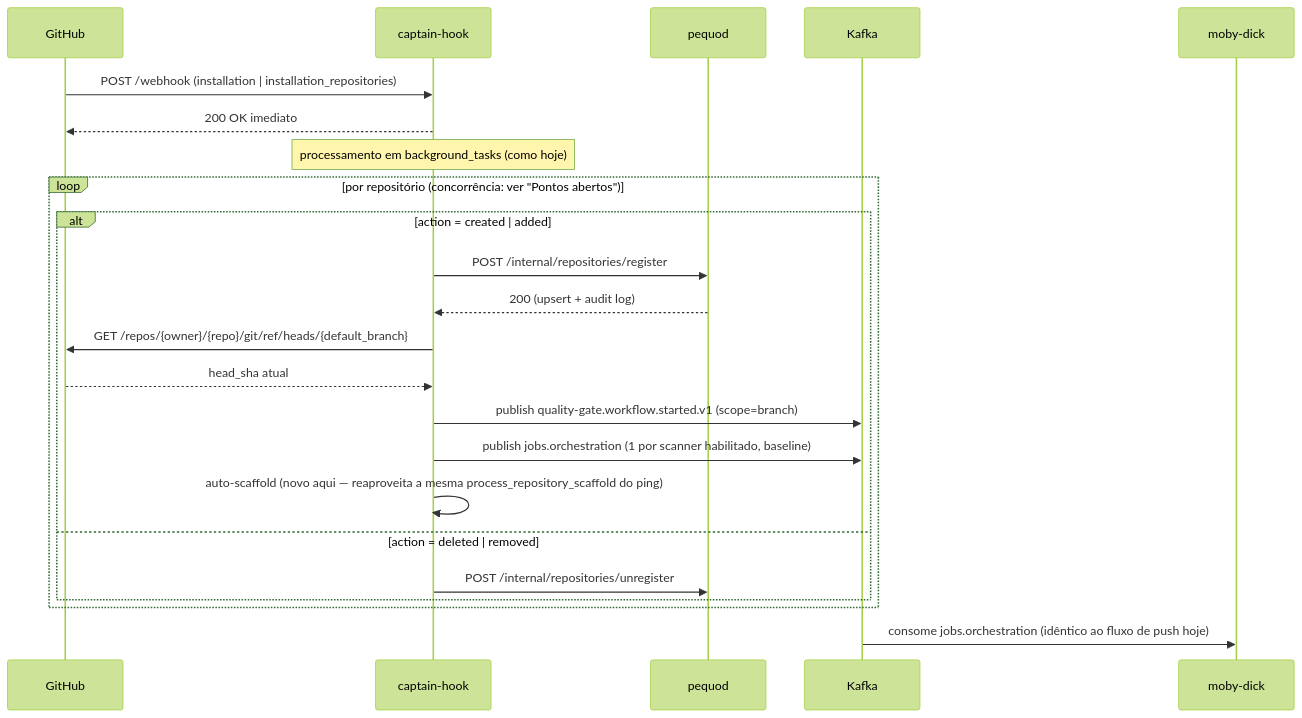
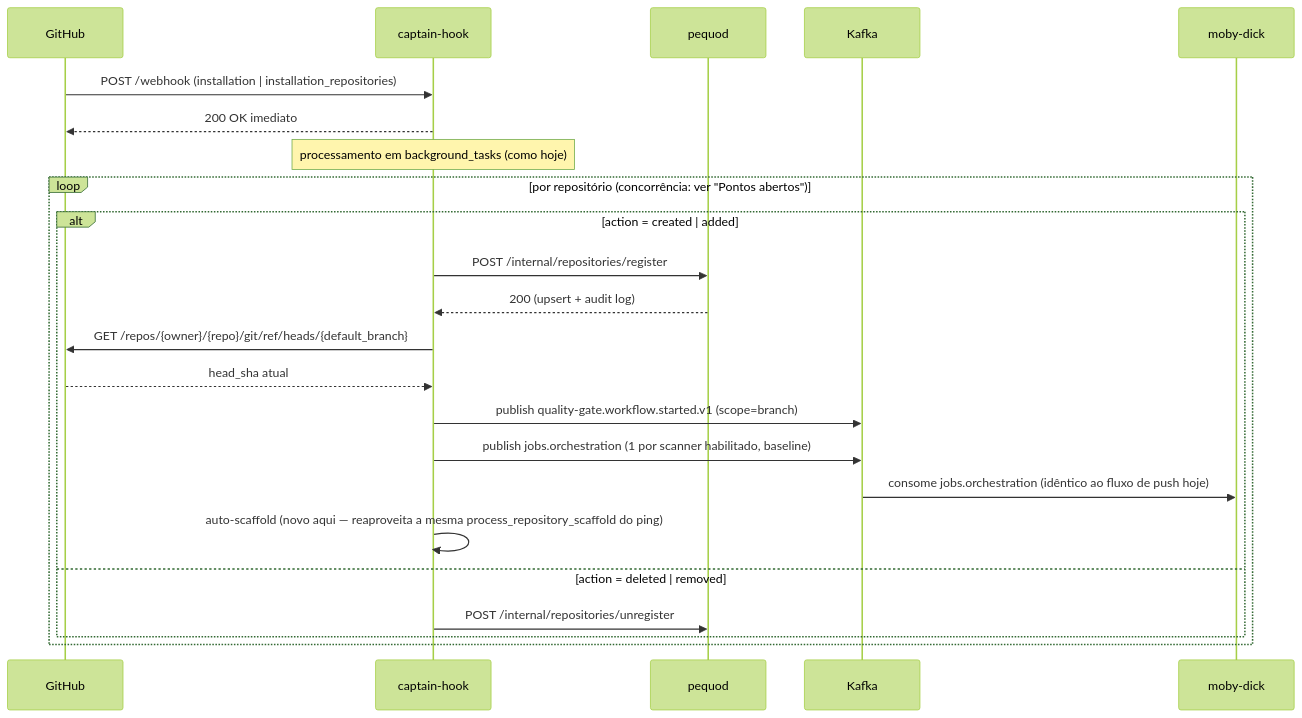
One commit to OdinEye-FIAP/aspm-docs changed the second of 2 diagrams in docs/design/ping-install-rest-migration.md. Above: the diagram before and after it, drawn with Mermaid (forest theme). The commit also changed other lines of this file, not shown here.

Commit message:
docs: consome jobs.orchestration fica dentro do branch created/added (nao publica no unregister) + radar sobre necessidade do audit log

````diff
--- a/docs/design/ping-install-rest-migration.md
+++ b/docs/design/ping-install-rest-migration.md
@@ -195,27 +203,27 @@
 ```mermaid
 sequenceDiagram
     participant GH as GitHub
     participant CH as captain-hook
     participant PQ as pequod
     participant K as Kafka
     participant MD as moby-dick
 
     GH->>CH: POST /webhook (installation | installation_repositories)
     CH-->>GH: 200 OK imediato
     Note over CH: processamento em background_tasks (como hoje)
 
     loop por repositório (concorrência: ver "Pontos abertos")
         alt action = created | added
             CH->>PQ: POST /internal/repositories/register
             PQ-->>CH: 200 (upsert + audit log)
             CH->>GH: GET /repos/{owner}/{repo}/git/ref/heads/{default_branch}
             GH-->>CH: head_sha atual
             CH->>K: publish quality-gate.workflow.started.v1 (scope=branch)
             CH->>K: publish jobs.orchestration (1 por scanner habilitado, baseline)
+            K->>MD: consome jobs.orchestration (idêntico ao fluxo de push hoje)
             CH->>CH: auto-scaffold (novo aqui — reaproveita a mesma process_repository_scaffold do ping)
         else action = deleted | removed
             CH->>PQ: POST /internal/repositories/unregister
         end
     end
-    K->>MD: consome jobs.orchestration (idêntico ao fluxo de push hoje)
 ```
````
